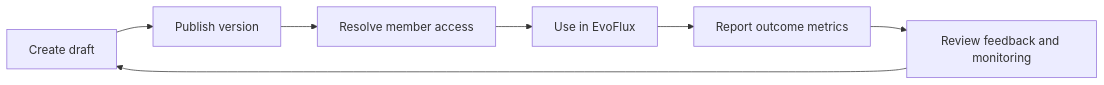
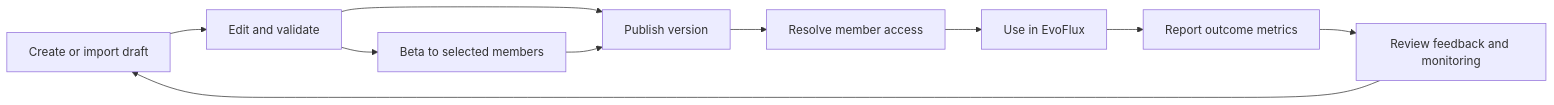
One commit to evoelsewhere/evo-conductor changed the diagram in docs/resource-catalog-product.md. Above: the diagram before and after it, drawn with Mermaid. The commit also changed other lines of this file and 31 other files, not shown here.

````diff
--- a/docs/resource-catalog-product.md
+++ b/docs/resource-catalog-product.md
@@ -28,9 +28,12 @@
 ```mermaid
 flowchart LR
-    D["Create draft"] --> P["Publish version"]
+    D["Create or import draft"] --> E["Edit and validate"]
+    E --> B["Beta to selected members"]
+    E --> P["Publish version"]
+    B --> P
     P --> A["Resolve member access"]
     A --> U["Use in EvoFlux"]
     U --> M["Report outcome metrics"]
     M --> F["Review feedback and monitoring"]
     F --> D
 ```
````
